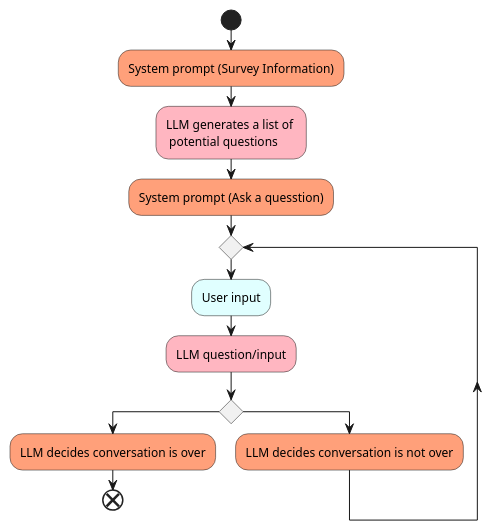
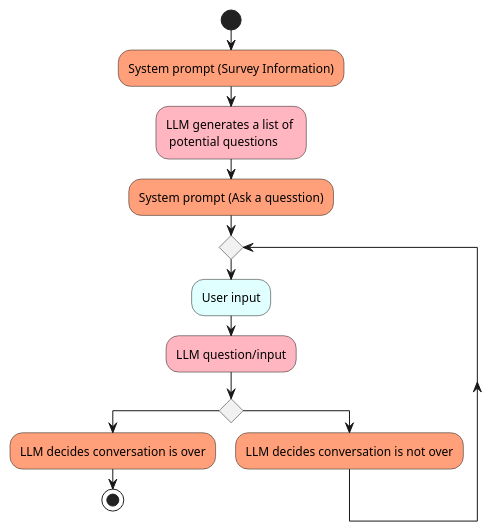
Before and after one commit to pakshuang/ai-chat-survey: the diagram in docs/diagrams/prompt-eng-2.plantuml, drawn with PlantUML.

Commit message:
change end to stop

```diff
--- a/docs/diagrams/prompt-eng-2.plantuml
+++ b/docs/diagrams/prompt-eng-2.plantuml
@@ -1,24 +1,24 @@
 @startuml
 
 skinparam shadowing false
 skinparam BackgroundColor transparent
 
 start
 #LightSalmon:System prompt (Survey Information);
 #LightPink:LLM generates a list of \n potential questions;
 #LightSalmon:System prompt (Ask a quesstion);
 
 while ()
     #LightCyan:User input;
     #LightPink:LLM question/input; 
     if () then
         #LightSalmon:LLM decides conversation is over; 
-        end
+        stop
     else 
         #LightSalmon:LLM decides conversation is not over;
     endif
     endwhile
     -[hidden]->
     detach
 
 @enduml
```
